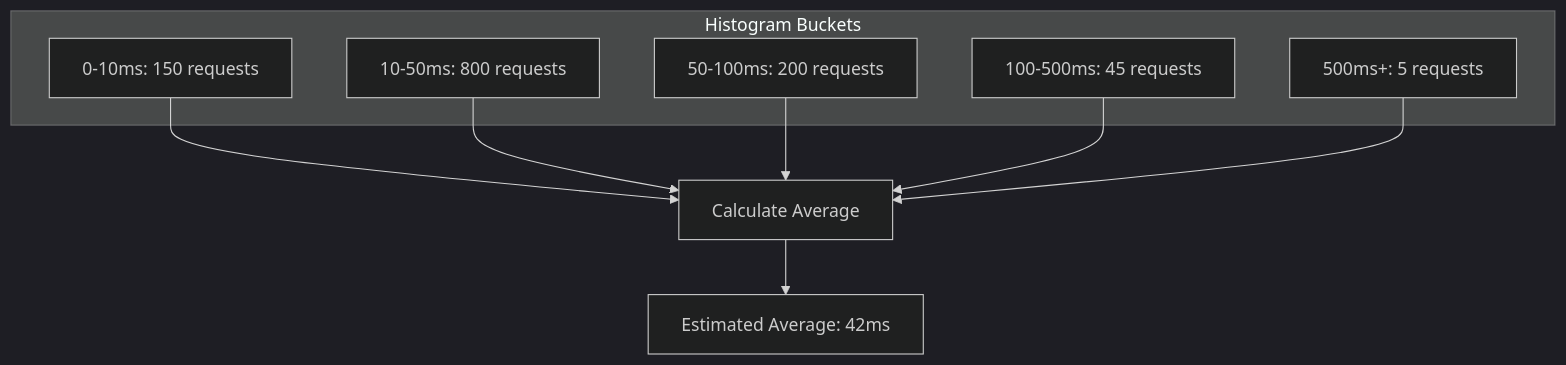
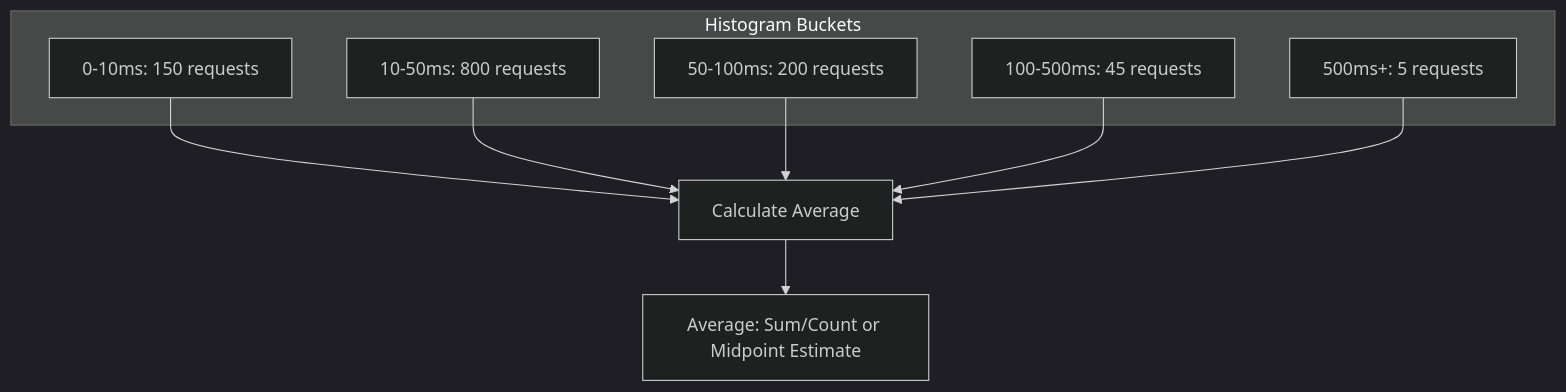
The third of 5 diagrams in posts/2026-01-30-average-metrics/README.md (OneUptime/blog), drawn with Mermaid (dark theme) before and after one commit. The commit also changed other lines of this file and 2 other files, not shown here.

Commit message:
validate: 2026-01-30-average-metrics

````diff
--- a/posts/2026-01-30-average-metrics/README.md
+++ b/posts/2026-01-30-average-metrics/README.md
@@ -243,18 +244,18 @@
 ```mermaid
 graph TD
     subgraph Histogram Buckets
         B1["0-10ms: 150 requests"]
         B2["10-50ms: 800 requests"]
         B3["50-100ms: 200 requests"]
         B4["100-500ms: 45 requests"]
         B5["500ms+: 5 requests"]
     end
 
     B1 --> CALC[Calculate Average]
     B2 --> CALC
     B3 --> CALC
     B4 --> CALC
     B5 --> CALC
 
-    CALC --> AVG["Estimated Average: 42ms"]
+    CALC --> AVG["Average: Sum/Count or Midpoint Estimate"]
 ```
````
